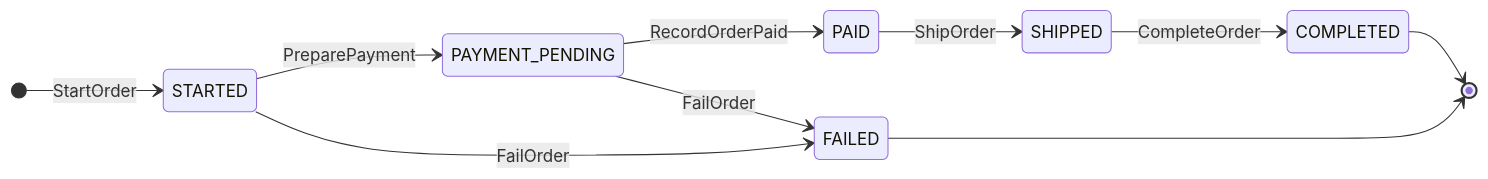
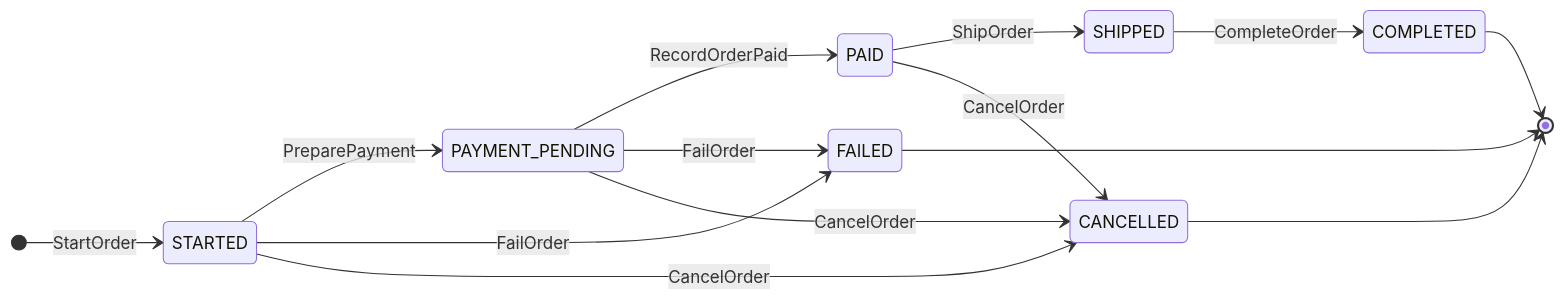
One commit to azarasi1226/momiji changed the first of 3 diagrams in backend/src/main/kotlin/jp/momiji/feature/command/order/README.md. Above: the diagram before and after it, drawn with Mermaid. The commit also changed other lines of this file and 19 other files, not shown here.

````diff
--- a/backend/src/main/kotlin/jp/momiji/feature/command/order/README.md
+++ b/backend/src/main/kotlin/jp/momiji/feature/command/order/README.md
@@ -6,13 +6,17 @@
 ```mermaid
 stateDiagram-v2
     direction LR
     [*] --> STARTED : StartOrder
     STARTED --> PAYMENT_PENDING : PreparePayment
     PAYMENT_PENDING --> PAID : RecordOrderPaid
     PAID --> SHIPPED : ShipOrder
     SHIPPED --> COMPLETED : CompleteOrder
     STARTED --> FAILED : FailOrder
     PAYMENT_PENDING --> FAILED : FailOrder
+    STARTED --> CANCELLED : CancelOrder
+    PAYMENT_PENDING --> CANCELLED : CancelOrder
+    PAID --> CANCELLED : CancelOrder
     COMPLETED --> [*]
     FAILED --> [*]
+    CANCELLED --> [*]
 ```
````
